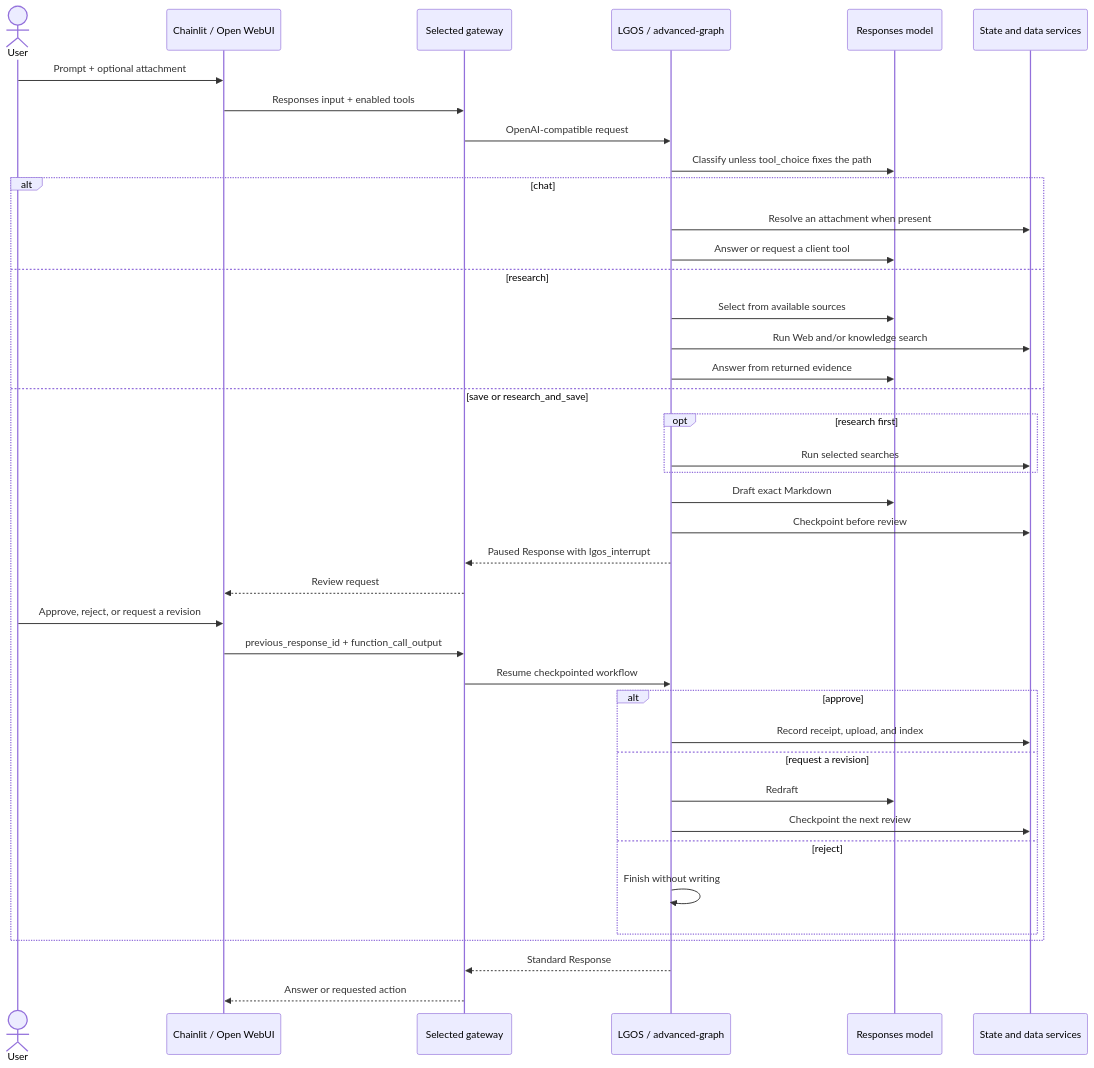
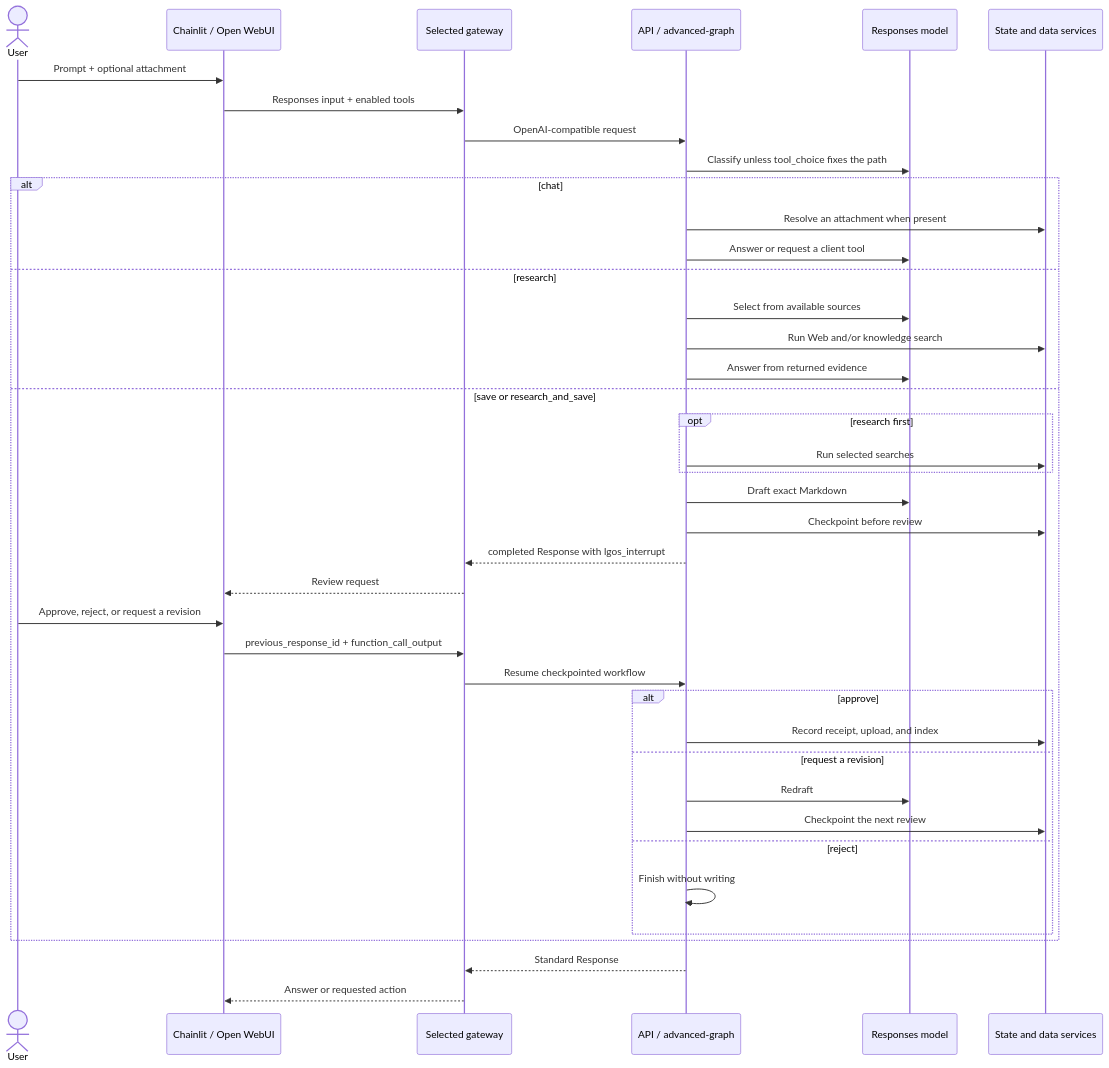
The second of 2 diagrams in docs/demo/graphs/advanced-graph.md (ilkersigirci/langgraph-openai-serve), drawn with Mermaid before and after one commit. The commit also changed other lines of this file and 142 other files, not shown here.

````diff
--- a/docs/demo/graphs/advanced-graph.md
+++ b/docs/demo/graphs/advanced-graph.md
@@ -104,45 +121,45 @@
 ```mermaid
 sequenceDiagram
   actor User
   participant UI as Chainlit / Open WebUI
   participant Gateway as Selected gateway
-  participant LGOS as LGOS / advanced-graph
+  participant LGOS as API / advanced-graph
   participant Model as Responses model
   participant Services as State and data services
 
   User->>UI: Prompt + optional attachment
   UI->>Gateway: Responses input + enabled tools
   Gateway->>LGOS: OpenAI-compatible request
   LGOS->>Model: Classify unless tool_choice fixes the path
 
   alt chat
     LGOS->>Services: Resolve an attachment when present
     LGOS->>Model: Answer or request a client tool
   else research
     LGOS->>Model: Select from available sources
     LGOS->>Services: Run Web and/or knowledge search
     LGOS->>Model: Answer from returned evidence
   else save or research_and_save
     opt research first
       LGOS->>Services: Run selected searches
     end
     LGOS->>Model: Draft exact Markdown
     LGOS->>Services: Checkpoint before review
-    LGOS-->>Gateway: Paused Response with lgos_interrupt
+    LGOS-->>Gateway: completed Response with lgos_interrupt
     Gateway-->>UI: Review request
     User->>UI: Approve, reject, or request a revision
     UI->>Gateway: previous_response_id + function_call_output
     Gateway->>LGOS: Resume checkpointed workflow
     alt approve
       LGOS->>Services: Record receipt, upload, and index
     else request a revision
       LGOS->>Model: Redraft
       LGOS->>Services: Checkpoint the next review
     else reject
       LGOS->>LGOS: Finish without writing
     end
   end
 
   LGOS-->>Gateway: Standard Response
   Gateway-->>UI: Answer or requested action
 ```
````
